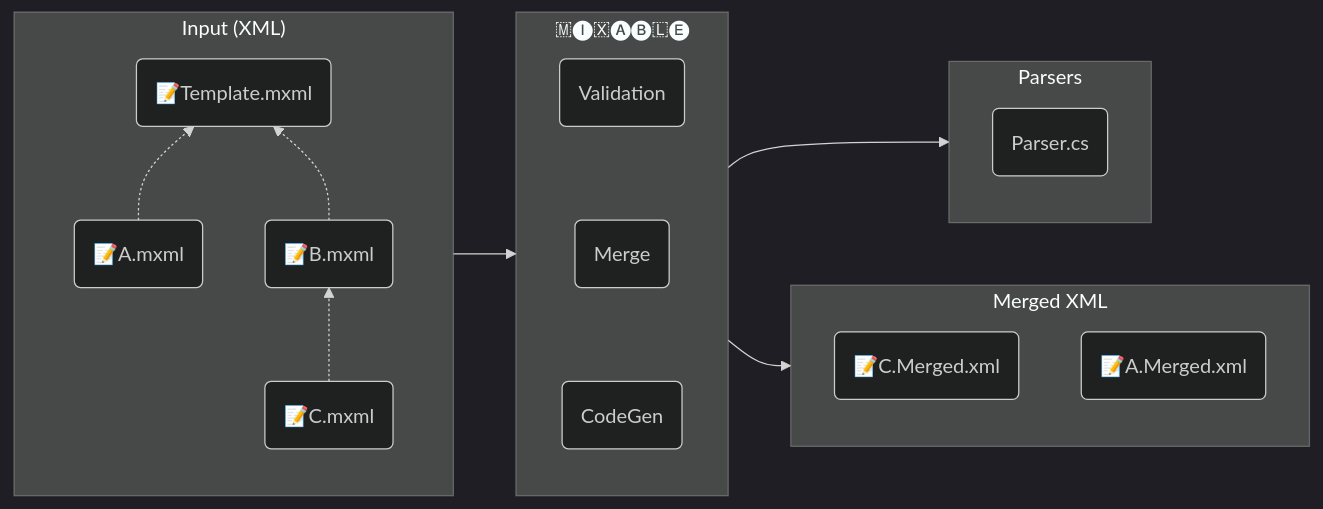
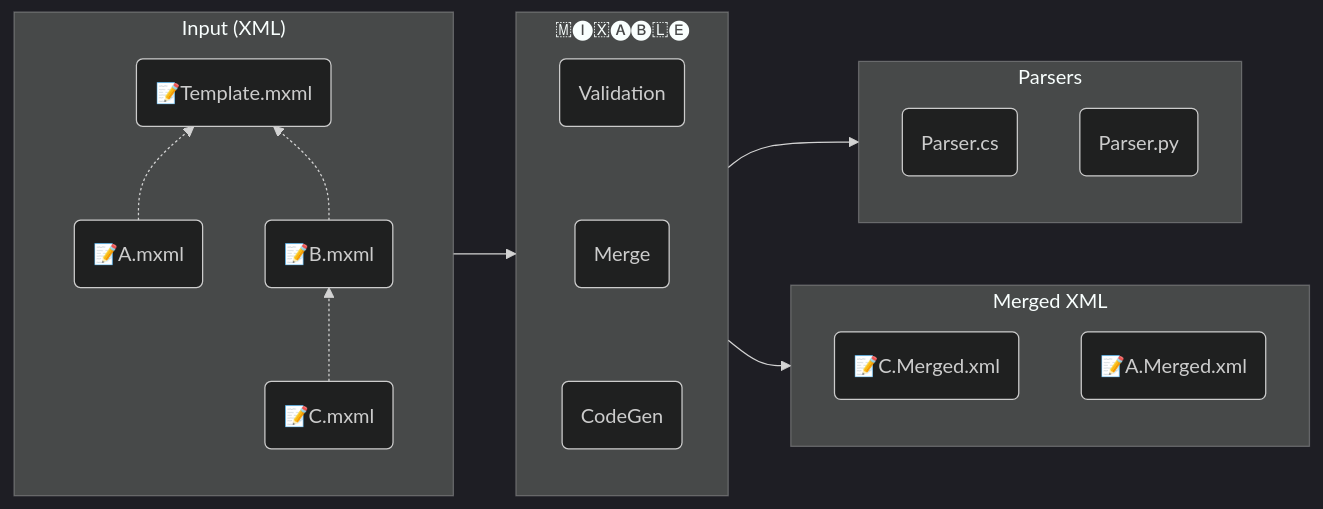
Before and after one commit to jamescourtney/Mixable: the diagram in README.md, drawn with Mermaid (dark theme).

````diff
--- a/README.md
+++ b/README.md
@@ -5,29 +5,30 @@
 ```mermaid
 flowchart LR
   subgraph XML ["Input (XML)"]
     direction BT
     ovr("📝A.mxml") -.-> tmp("📝Template.mxml")
     ovr2("📝B.mxml") -.-> tmp
     ovr3("📝C.mxml") -.-> ovr2
   end
   
   subgraph Mixable ["🇲🅘🇽🅐🅑🇱🅔"]
     direction TB
     mv("Validation") --- mm("Merge") --- mc("CodeGen")
   end
   
   subgraph Parsers
     csharp("Parser.cs")
+    python("Parser.py")
   end
   
   subgraph Merged ["Merged XML"]
     direction TB
     ovr3merged("📝C.Merged.xml")
     ovr1merged("📝A.Merged.xml")
   end
   
   XML --> Mixable --> Parsers & Merged
   
   linkStyle 3 stroke-width:0px;
   linkStyle 4 stroke-width:0px;
 ```
````
